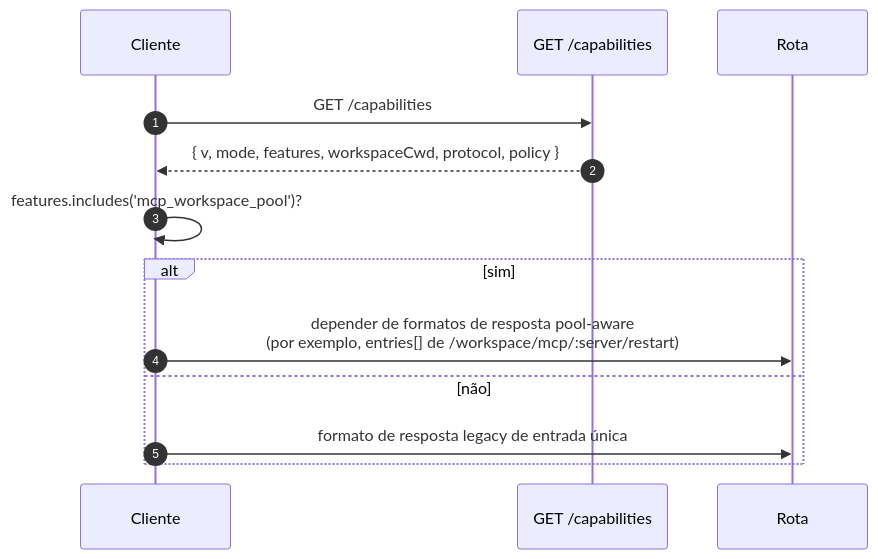
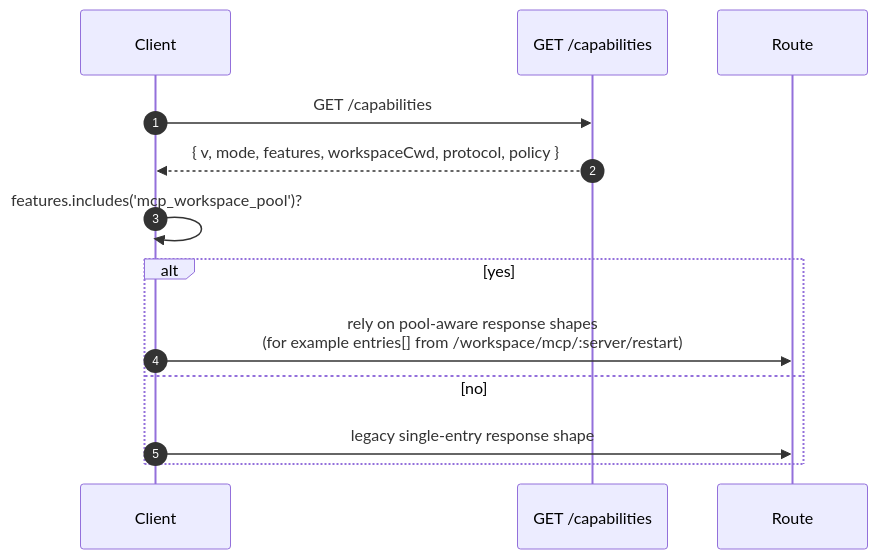
The second of 2 diagrams in website/content/pt-BR/developers/daemon/11-capabilities-versioning.md (QwenLM/qwen-code-docs), drawn with Mermaid before and after one commit. The commit also changed other lines of this file and 265 other files, not shown here.

````diff
--- a/website/content/pt-BR/developers/daemon/11-capabilities-versioning.md
+++ b/website/content/pt-BR/developers/daemon/11-capabilities-versioning.md
@@ -142,16 +166,16 @@
 ```mermaid
 sequenceDiagram
     autonumber
-    participant C as Cliente
+    participant C as Client
     participant D as GET /capabilities
-    participant R as Rota
+    participant R as Route
 
     C->>D: GET /capabilities
     D-->>C: { v, mode, features, workspaceCwd, protocol, policy }
     C->>C: features.includes('mcp_workspace_pool')?
-    alt sim
-        C->>R: depender de formatos de resposta pool-aware<br/>(por exemplo, entries[] de /workspace/mcp/:server/restart)
-    else não
-        C->>R: formato de resposta legacy de entrada única
+    alt yes
+        C->>R: rely on pool-aware response shapes<br/>(for example entries[] from /workspace/mcp/:server/restart)
+    else no
+        C->>R: legacy single-entry response shape
     end
 ```
````
